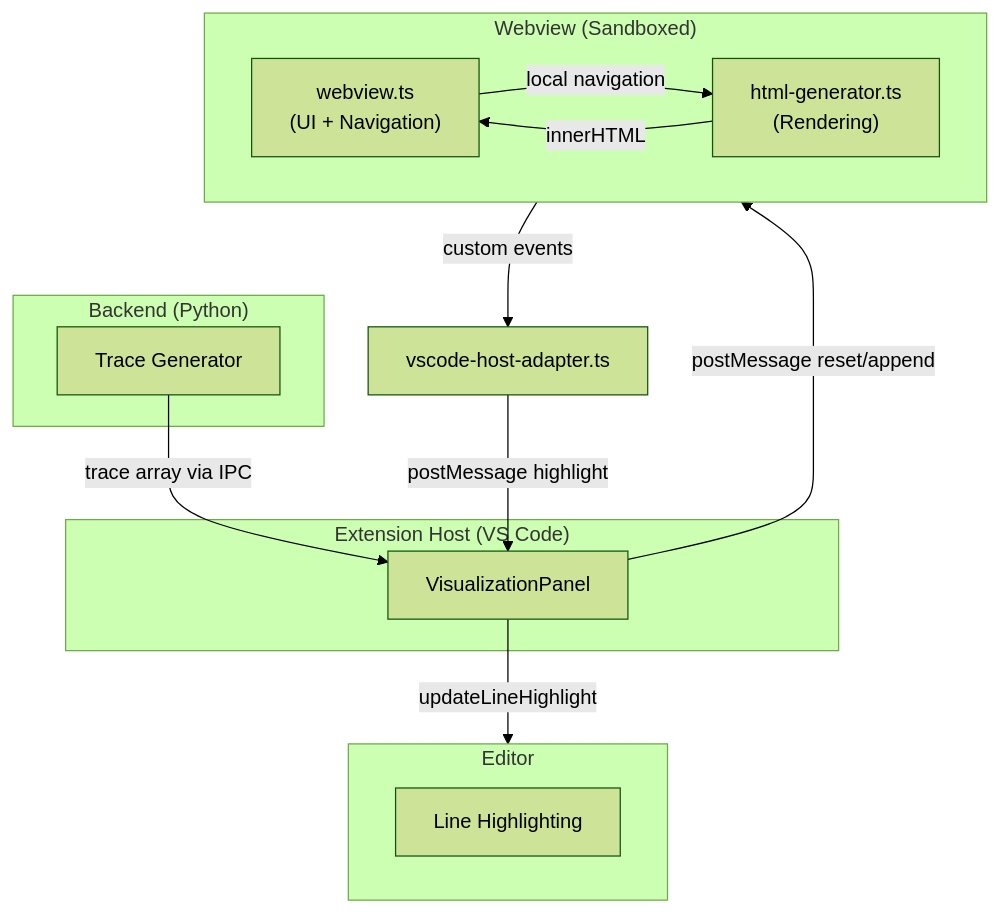
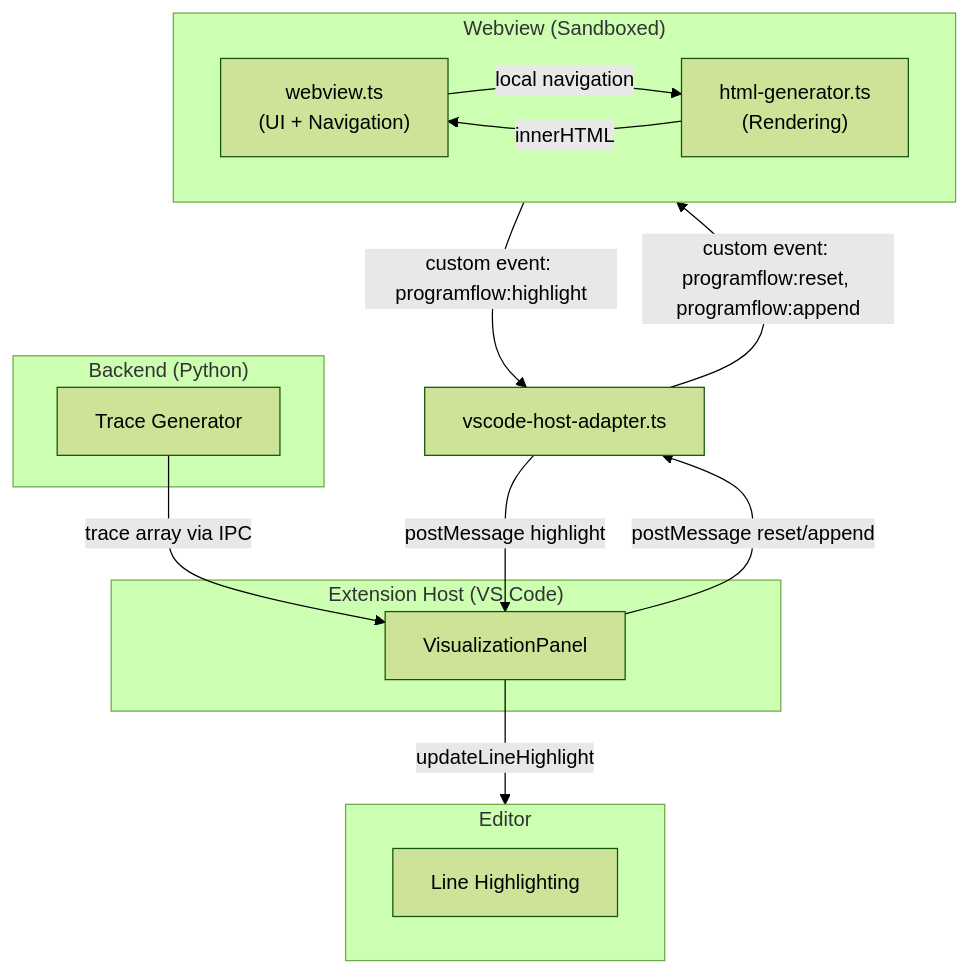
Before and after one commit to skogsbaer/write-your-python-program: the diagram in src/programflow-visualization/README.md, drawn with Mermaid (forest theme). The commit also changed 3 other files, not shown here.

````diff
--- a/src/programflow-visualization/README.md
+++ b/src/programflow-visualization/README.md
@@ -20,29 +20,30 @@
 ```mermaid
 graph TB
     subgraph backend["Backend (Python)"]
         trace["Trace Generator"]
     end
-    
+
     subgraph extension["Extension Host (VS Code)"]
         panel["VisualizationPanel"]
     end
-    
+
     subgraph webview["Webview (Sandboxed)"]
         ui["webview.ts<br/>(UI + Navigation)"]
         gen["html-generator.ts<br/>(Rendering)"]
     end
-    
+
     subgraph editor["Editor"]
         highlight["Line Highlighting"]
     end
-    
+
     trace -->|trace array via IPC| panel
-    panel -->|postMessage reset/append| webview
-    
-    webview -->|custom events| adapter["vscode-host-adapter.ts"]
+    panel -->|postMessage reset/append| adapter
+
+    webview -->|custom event: programflow:highlight| adapter["vscode-host-adapter.ts"]
+    adapter -->|custom event: programflow:reset, programflow:append| webview
     adapter -->|postMessage highlight| panel
     panel -->|updateLineHighlight| editor
-    
+
     ui -->|local navigation| gen
     gen -->|innerHTML| ui
 ```
````
